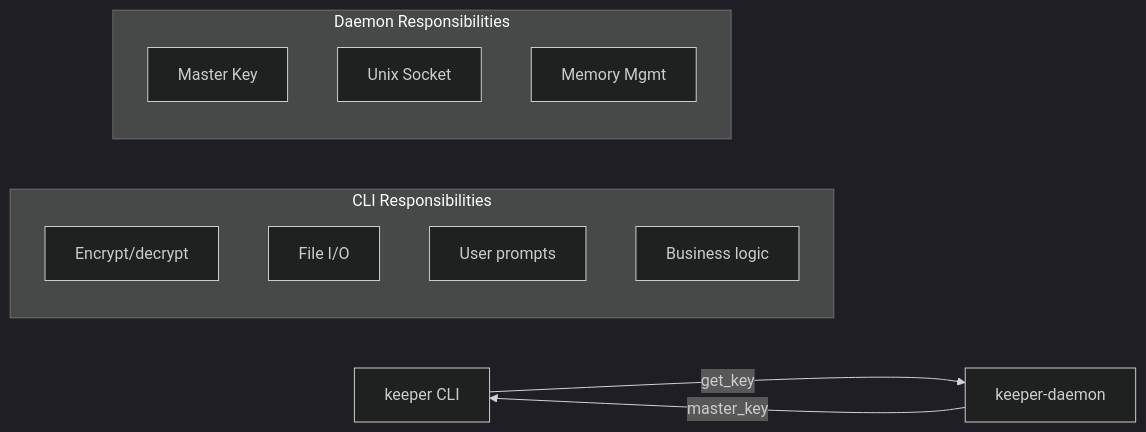
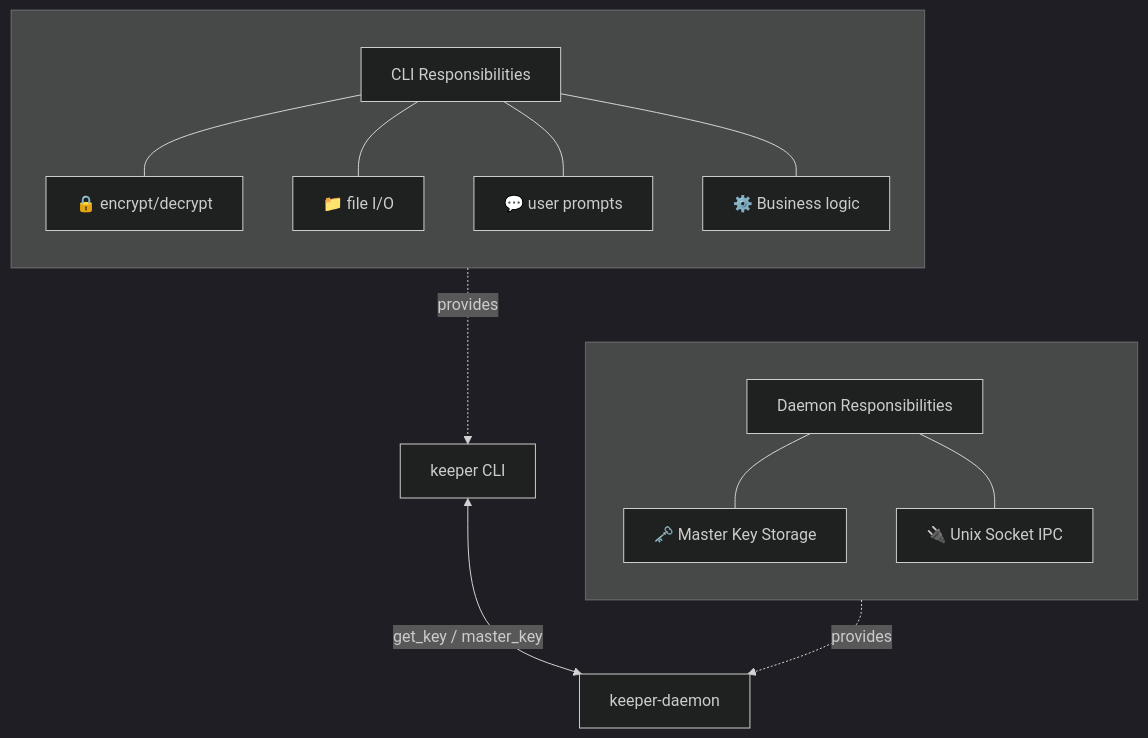
Before and after one commit to kernelle-soft/blizz: the diagram in designs/keys-command.md, drawn with Mermaid (dark theme).

````diff
--- a/designs/keys-command.md
+++ b/designs/keys-command.md
@@ -131,21 +131,34 @@
 ```mermaid
-graph LR
+graph TB
     CLI[keeper CLI]
     DAEMON[keeper-daemon]
     
-    CLI -->|get_key| DAEMON
-    DAEMON -->|master_key| CLI
+    CLI <-->|get_key / master_key| DAEMON
     
-    subgraph "CLI Responsibilities"
-        CLI_ENCRYPT[Encrypt/decrypt]
-        CLI_IO[File I/O]
-        CLI_PROMPT[User prompts]
-        CLI_LOGIC[Business logic]
+    subgraph CLI_BOX[" "]
+        direction TB
+        CLI_TITLE[CLI Responsibilities]
+        CLI_ENCRYPT[🔒 encrypt/decrypt]
+        CLI_IO[📁 file I/O]
+        CLI_PROMPT[💬 user prompts]
+        CLI_LOGIC[⚙️ Business logic]
+        
+        CLI_TITLE --- CLI_ENCRYPT
+        CLI_TITLE --- CLI_IO
+        CLI_TITLE --- CLI_PROMPT
+        CLI_TITLE --- CLI_LOGIC
     end
     
-    subgraph "Daemon Responsibilities"
-        DAEMON_KEY[Master Key]
-        DAEMON_SOCKET[Unix Socket]
-        DAEMON_MEMORY[Memory Mgmt]
+    subgraph DAEMON_BOX[" "]
+        direction TB
+        DAEMON_TITLE[Daemon Responsibilities]
+        DAEMON_KEY[🗝️ Master Key Storage]
+        DAEMON_SOCKET[🔌 Unix Socket IPC]
+        
+        DAEMON_TITLE --- DAEMON_KEY
+        DAEMON_TITLE --- DAEMON_SOCKET
     end
+    
+    CLI_BOX -.->|provides| CLI
+    DAEMON_BOX -.->|provides| DAEMON
 ```
````
